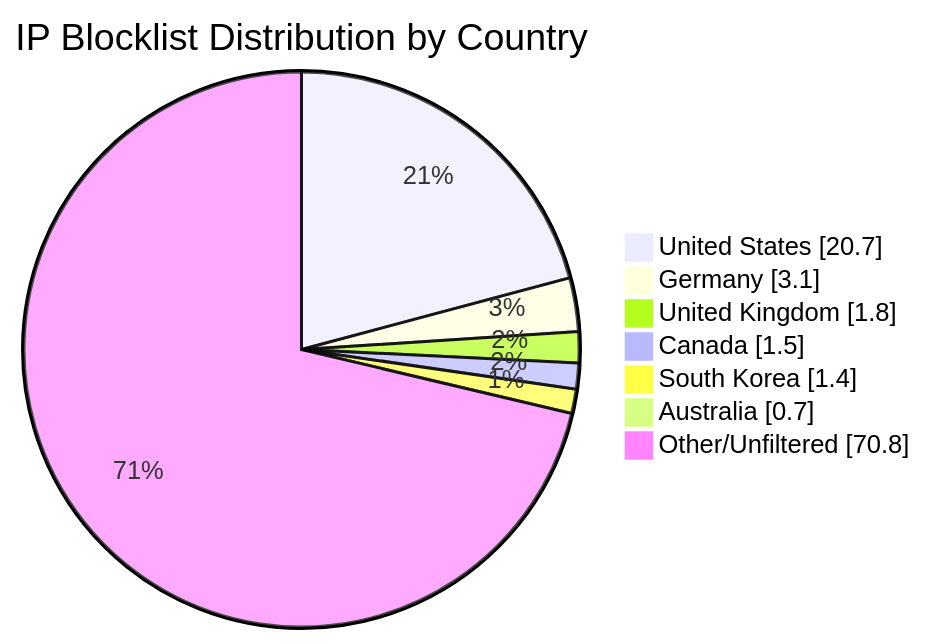
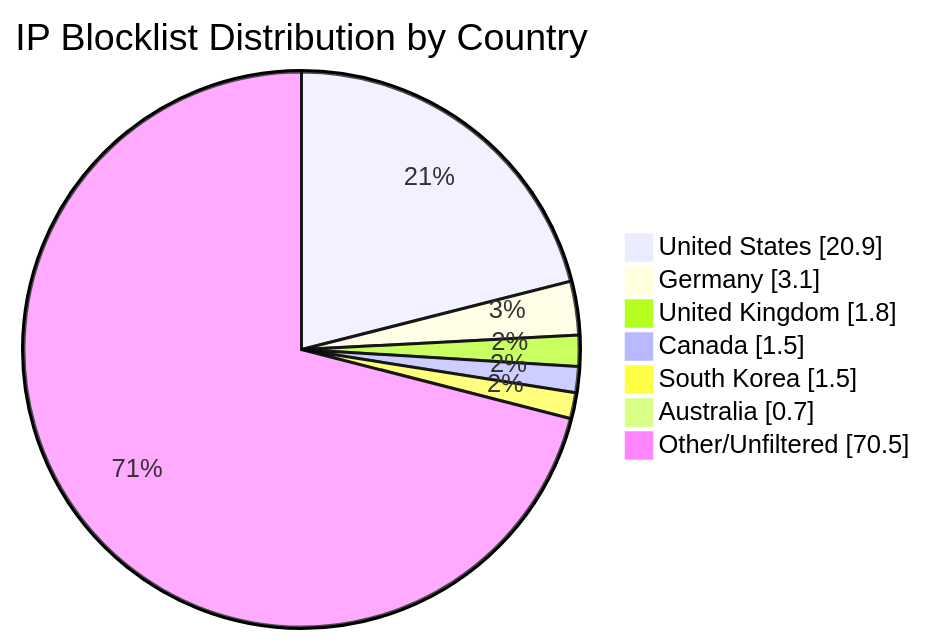
The diagram in README.md (MarcusHoltz/ipblocklist-geofiltered-aggregator), drawn with Mermaid before and after one commit. The commit also changed other lines of this file and 9 other files, not shown here.

````diff
--- a/README.md
+++ b/README.md
@@ -34,10 +34,10 @@
 ```mermaid
 pie showData title IP Blocklist Distribution by Country
-"United States" : 20.7
+"United States" : 20.9
 "Germany" : 3.1
 "United Kingdom" : 1.8
 "Canada" : 1.5
-"South Korea" : 1.4
+"South Korea" : 1.5
 "Australia" : 0.7
-"Other/Unfiltered" : 70.8
+"Other/Unfiltered" : 70.5
 ```
````
